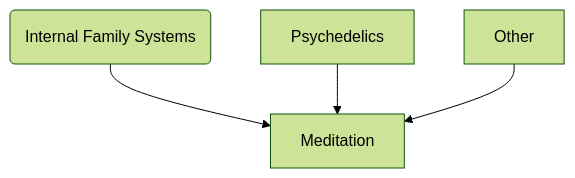
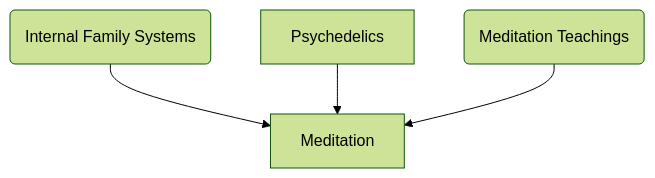
One commit to jpritikin/coach changed the first of 2 diagrams in content/docs/integration.md. Above: the diagram before and after it, drawn with Mermaid (forest theme). The commit also changed other lines of this file and 4 other files, not shown here.

```diff
--- a/content/docs/integration.md
+++ b/content/docs/integration.md
@@ -19,6 +19,6 @@
 {{< mermaid >}}
 flowchart TD;
   A(Internal Family Systems) --> Meditation;
   Psychedelics --> Meditation;
-  Other --> Meditation;
+  B(Meditation Teachings) --> Meditation;
 {{< /mermaid >}}
```
